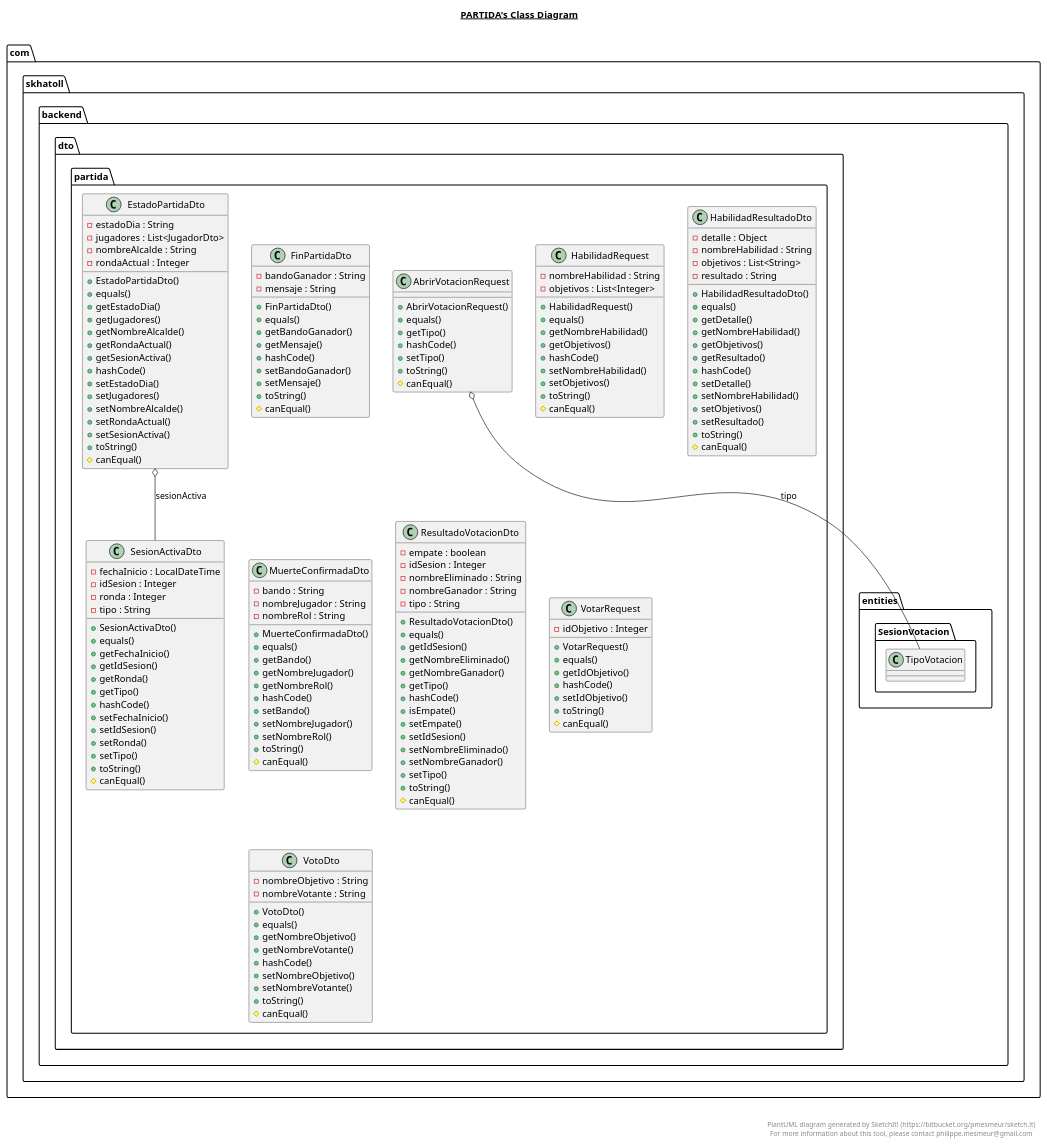
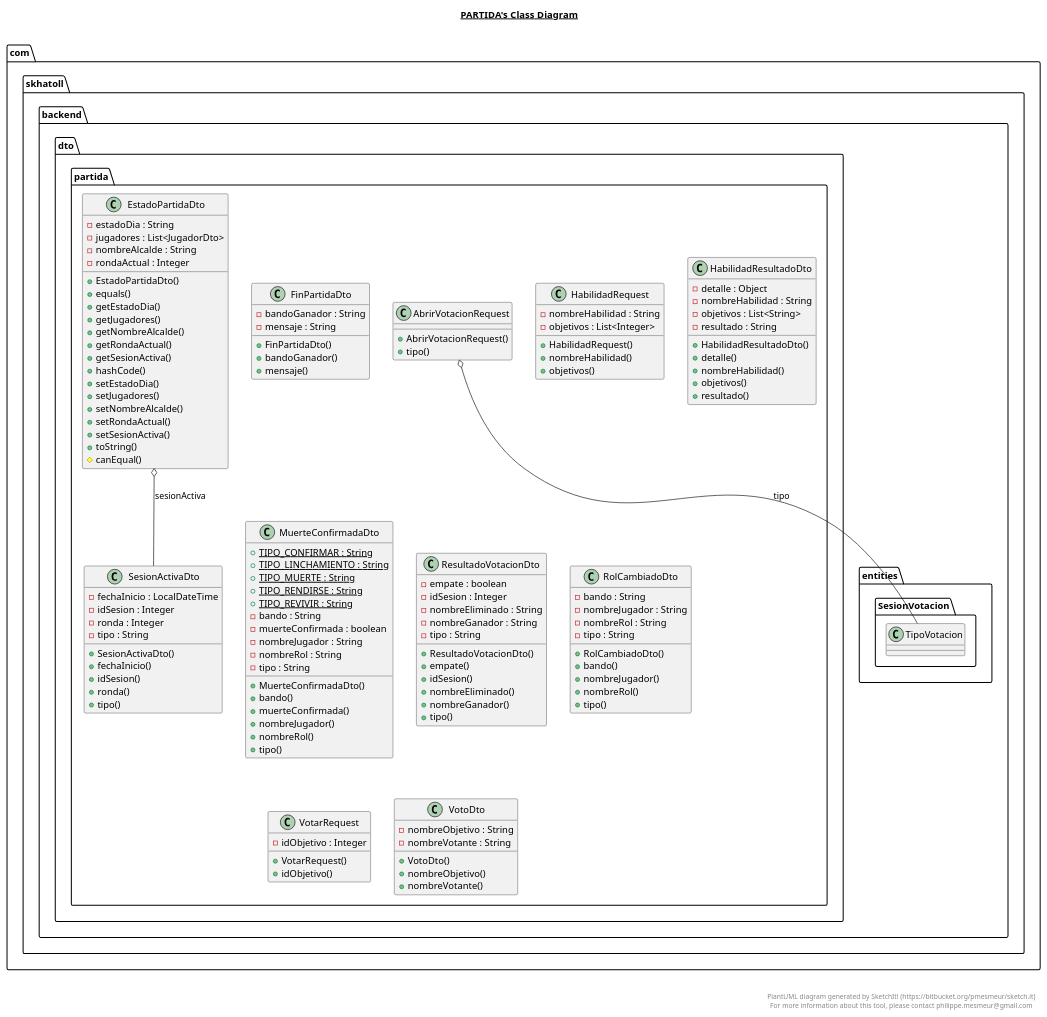
The diagram in backend/src/main/java/com/skhatoll/backend/dto/partida/partida.plantuml (David-GutSal/Skhatoll), drawn with PlantUML before and after one commit. The commit also changed 18 other files, not shown here.

```diff
--- a/backend/src/main/java/com/skhatoll/backend/dto/partida/partida.plantuml
+++ b/backend/src/main/java/com/skhatoll/backend/dto/partida/partida.plantuml
@@ -6,12 +6,7 @@
     namespace dto.partida {
       class com.skhatoll.backend.dto.partida.AbrirVotacionRequest {
           + AbrirVotacionRequest()
-          + equals()
-          + getTipo()
-          + hashCode()
-          + setTipo()
-          + toString()
-          # canEqual()
+          + tipo()
       }
     }
   }
@@ -50,14 +45,8 @@
           - bandoGanador : String
           - mensaje : String
           + FinPartidaDto()
-          + equals()
-          + getBandoGanador()
-          + getMensaje()
-          + hashCode()
-          + setBandoGanador()
-          + setMensaje()
-          + toString()
-          # canEqual()
+          + bandoGanador()
+          + mensaje()
       }
     }
   }
@@ -69,14 +58,8 @@
           - nombreHabilidad : String
           - objetivos : List<Integer>
           + HabilidadRequest()
-          + equals()
-          + getNombreHabilidad()
-          + getObjetivos()
-          + hashCode()
-          + setNombreHabilidad()
-          + setObjetivos()
-          + toString()
-          # canEqual()
+          + nombreHabilidad()
+          + objetivos()
       }
     }
   }
@@ -90,18 +73,10 @@
           - objetivos : List<String>
           - resultado : String
           + HabilidadResultadoDto()
-          + equals()
-          + getDetalle()
-          + getNombreHabilidad()
-          + getObjetivos()
-          + getResultado()
-          + hashCode()
-          + setDetalle()
-          + setNombreHabilidad()
-          + setObjetivos()
-          + setResultado()
-          + toString()
-          # canEqual()
+          + detalle()
+          + nombreHabilidad()
+          + objetivos()
+          + resultado()
       }
     }
   }
@@ -110,20 +85,22 @@
   namespace com.skhatoll.backend {
     namespace dto.partida {
       class com.skhatoll.backend.dto.partida.MuerteConfirmadaDto {
+          {static} + TIPO_CONFIRMAR : String
+          {static} + TIPO_LINCHAMIENTO : String
+          {static} + TIPO_MUERTE : String
+          {static} + TIPO_RENDIRSE : String
+          {static} + TIPO_REVIVIR : String
           - bando : String
+          - muerteConfirmada : boolean
           - nombreJugador : String
           - nombreRol : String
+          - tipo : String
           + MuerteConfirmadaDto()
-          + equals()
-          + getBando()
-          + getNombreJugador()
-          + getNombreRol()
-          + hashCode()
-          + setBando()
-          + setNombreJugador()
-          + setNombreRol()
-          + toString()
-          # canEqual()
+          + bando()
+          + muerteConfirmada()
+          + nombreJugador()
+          + nombreRol()
+          + tipo()
       }
     }
   }
@@ -138,20 +115,28 @@
           - nombreGanador : String
           - tipo : String
           + ResultadoVotacionDto()
-          + equals()
-          + getIdSesion()
-          + getNombreEliminado()
-          + getNombreGanador()
-          + getTipo()
-          + hashCode()
-          + isEmpate()
-          + setEmpate()
-          + setIdSesion()
-          + setNombreEliminado()
-          + setNombreGanador()
-          + setTipo()
-          + toString()
-          # canEqual()
+          + empate()
+          + idSesion()
+          + nombreEliminado()
+          + nombreGanador()
+          + tipo()
+      }
+    }
+  }
+  
+
+  namespace com.skhatoll.backend {
+    namespace dto.partida {
+      class com.skhatoll.backend.dto.partida.RolCambiadoDto {
+          - bando : String
+          - nombreJugador : String
+          - nombreRol : String
+          - tipo : String
+          + RolCambiadoDto()
+          + bando()
+          + nombreJugador()
+          + nombreRol()
+          + tipo()
       }
     }
   }
@@ -165,18 +150,10 @@
           - ronda : Integer
           - tipo : String
           + SesionActivaDto()
-          + equals()
-          + getFechaInicio()
-          + getIdSesion()
-          + getRonda()
-          + getTipo()
-          + hashCode()
-          + setFechaInicio()
-          + setIdSesion()
-          + setRonda()
-          + setTipo()
-          + toString()
-          # canEqual()
+          + fechaInicio()
+          + idSesion()
+          + ronda()
+          + tipo()
       }
     }
   }
@@ -187,12 +164,7 @@
       class com.skhatoll.backend.dto.partida.VotarRequest {
           - idObjetivo : Integer
           + VotarRequest()
-          + equals()
-          + getIdObjetivo()
-          + hashCode()
-          + setIdObjetivo()
-          + toString()
-          # canEqual()
+          + idObjetivo()
       }
     }
   }
@@ -204,14 +176,8 @@
           - nombreObjetivo : String
           - nombreVotante : String
           + VotoDto()
-          + equals()
-          + getNombreObjetivo()
-          + getNombreVotante()
-          + hashCode()
-          + setNombreObjetivo()
-          + setNombreVotante()
-          + toString()
-          # canEqual()
+          + nombreObjetivo()
+          + nombreVotante()
       }
     }
   }
```
